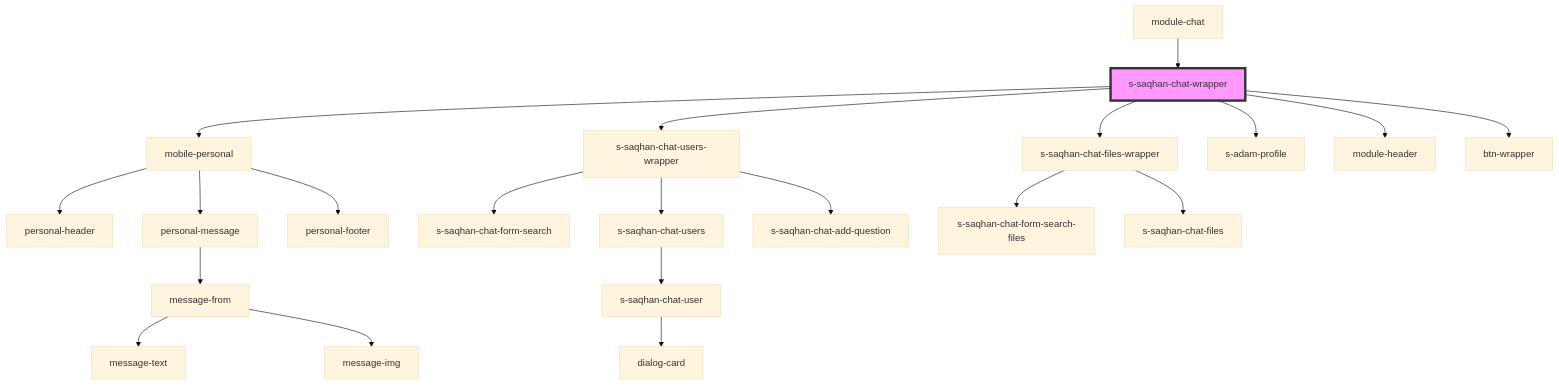
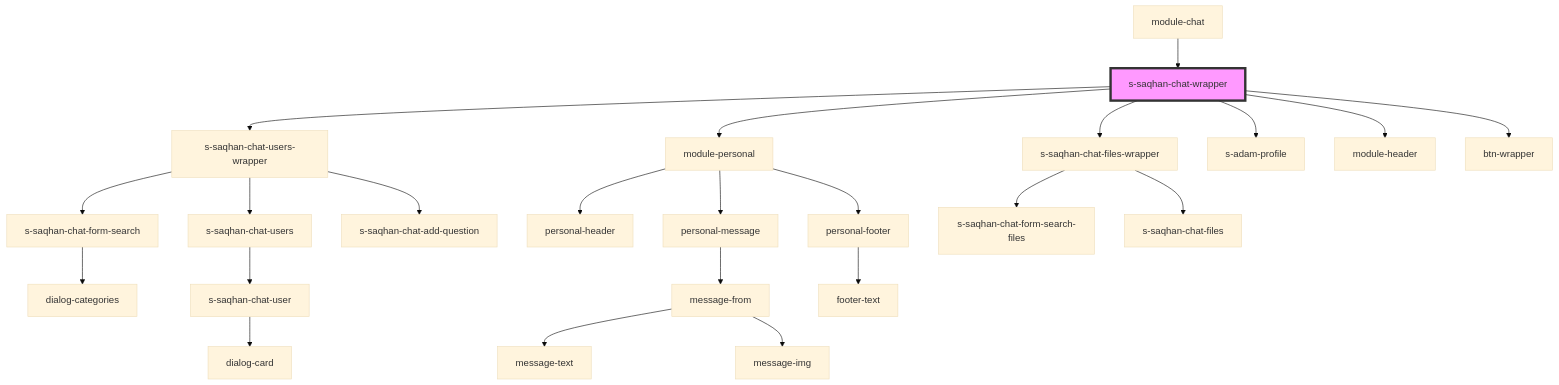
The diagram in src/components/module/module-chat/res/view/s-saqhan-chat-wrapper/readme.md (saqhan/stencil-chat), drawn with Mermaid (base theme) before and after one commit. The commit also changed other lines of this file and 24 other files, not shown here.

````diff
--- a/src/components/module/module-chat/res/view/s-saqhan-chat-wrapper/readme.md
+++ b/src/components/module/module-chat/res/view/s-saqhan-chat-wrapper/readme.md
@@ -32,24 +42,26 @@
 ```mermaid
 graph TD;
-  s-saqhan-chat-wrapper --> mobile-personal
   s-saqhan-chat-wrapper --> s-saqhan-chat-users-wrapper
+  s-saqhan-chat-wrapper --> module-personal
   s-saqhan-chat-wrapper --> s-saqhan-chat-files-wrapper
   s-saqhan-chat-wrapper --> s-adam-profile
   s-saqhan-chat-wrapper --> module-header
   s-saqhan-chat-wrapper --> btn-wrapper
-  mobile-personal --> personal-header
-  mobile-personal --> personal-message
-  mobile-personal --> personal-footer
+  s-saqhan-chat-users-wrapper --> s-saqhan-chat-form-search
+  s-saqhan-chat-users-wrapper --> s-saqhan-chat-users
+  s-saqhan-chat-users-wrapper --> s-saqhan-chat-add-question
+  s-saqhan-chat-form-search --> dialog-categories
+  s-saqhan-chat-users --> s-saqhan-chat-user
+  s-saqhan-chat-user --> dialog-card
+  module-personal --> personal-header
+  module-personal --> personal-message
+  module-personal --> personal-footer
   personal-message --> message-from
   message-from --> message-text
   message-from --> message-img
-  s-saqhan-chat-users-wrapper --> s-saqhan-chat-form-search
-  s-saqhan-chat-users-wrapper --> s-saqhan-chat-users
-  s-saqhan-chat-users-wrapper --> s-saqhan-chat-add-question
-  s-saqhan-chat-users --> s-saqhan-chat-user
-  s-saqhan-chat-user --> dialog-card
+  personal-footer --> footer-text
   s-saqhan-chat-files-wrapper --> s-saqhan-chat-form-search-files
   s-saqhan-chat-files-wrapper --> s-saqhan-chat-files
   module-chat --> s-saqhan-chat-wrapper
   style s-saqhan-chat-wrapper fill:#f9f,stroke:#333,stroke-width:4px
 ```
````
